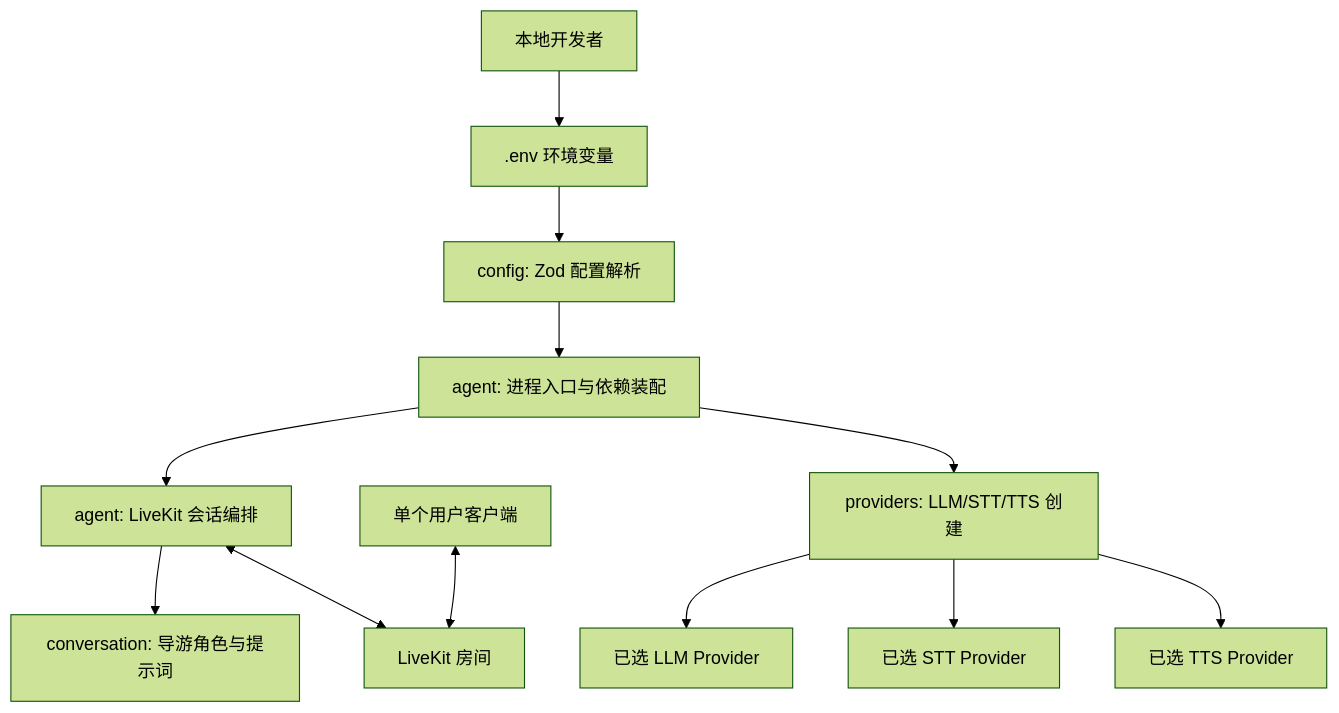
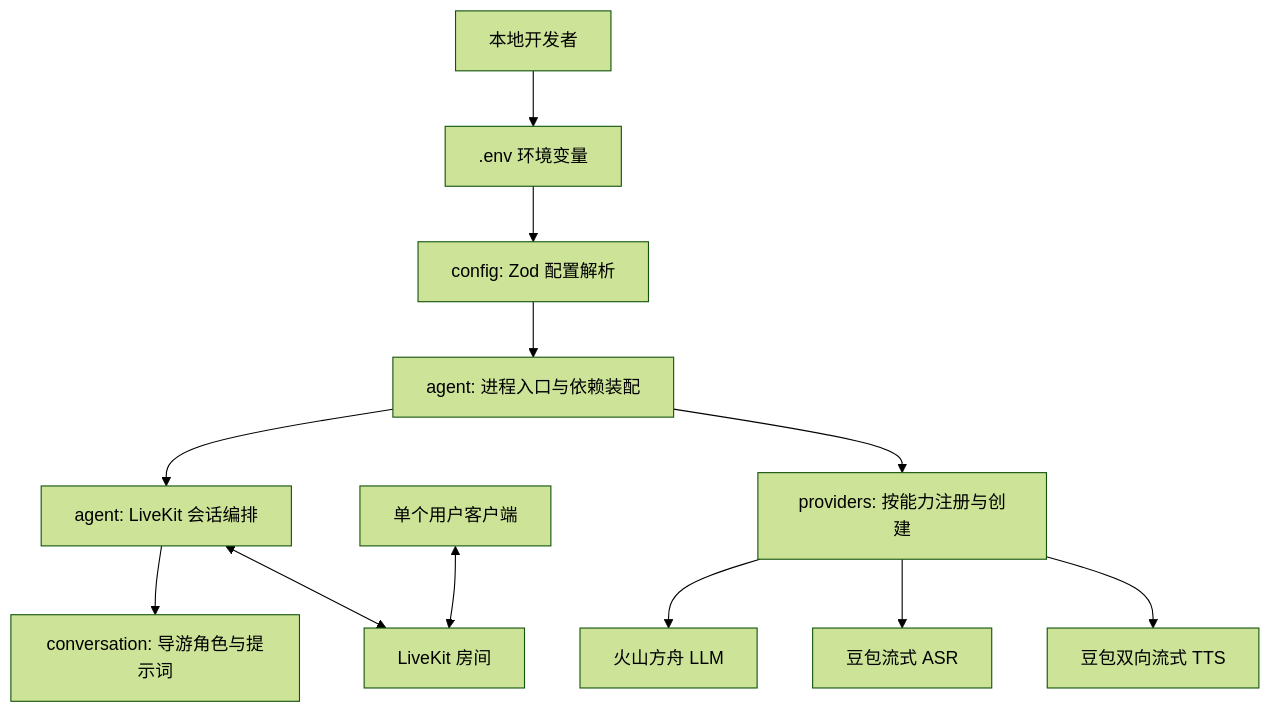
Before and after one commit to QAyong/msfs-ai-voice-guide: the first of 2 diagrams in docs/architecture/overview.md, drawn with Mermaid (forest theme). The commit also changed other lines of this file and 8 other files, not shown here.

````diff
--- a/docs/architecture/overview.md
+++ b/docs/architecture/overview.md
@@ -14,14 +14,14 @@
 ```mermaid
 graph TD
     Dev[本地开发者] --> Env[.env 环境变量]
     Env --> Config[config: Zod 配置解析]
     Config --> Bootstrap[agent: 进程入口与依赖装配]
     Bootstrap --> Session[agent: LiveKit 会话编排]
-    Bootstrap --> Providers[providers: LLM/STT/TTS 创建]
+    Bootstrap --> Providers[providers: 按能力注册与创建]
     Session --> Guide[conversation: 导游角色与提示词]
-    Providers --> LLM[已选 LLM Provider]
-    Providers --> STT[已选 STT Provider]
-    Providers --> TTS[已选 TTS Provider]
+    Providers --> LLM[火山方舟 LLM]
+    Providers --> STT[豆包流式 ASR]
+    Providers --> TTS[豆包双向流式 TTS]
     Session <--> Room[LiveKit 房间]
     User[单个用户客户端] <--> Room
 ```
````
